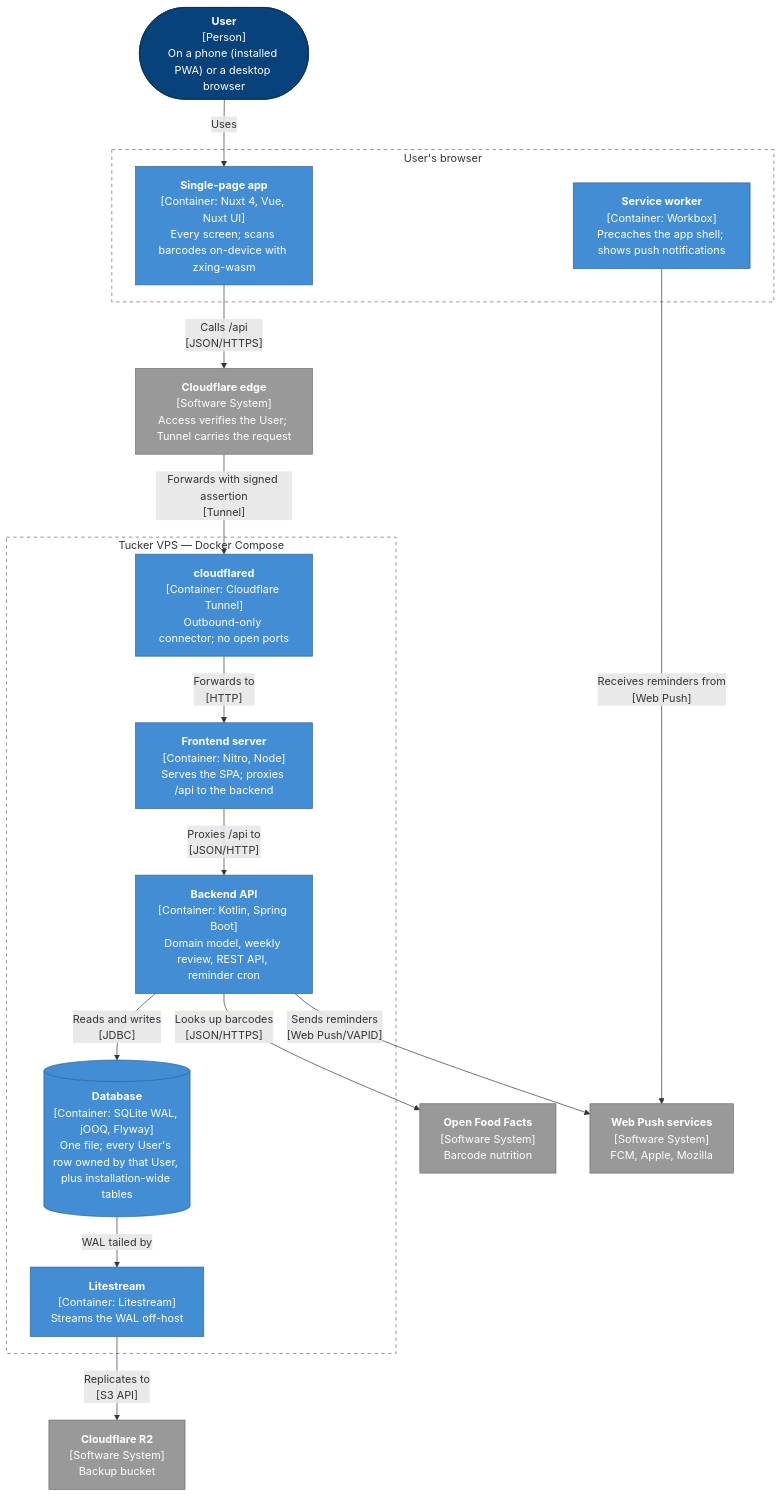
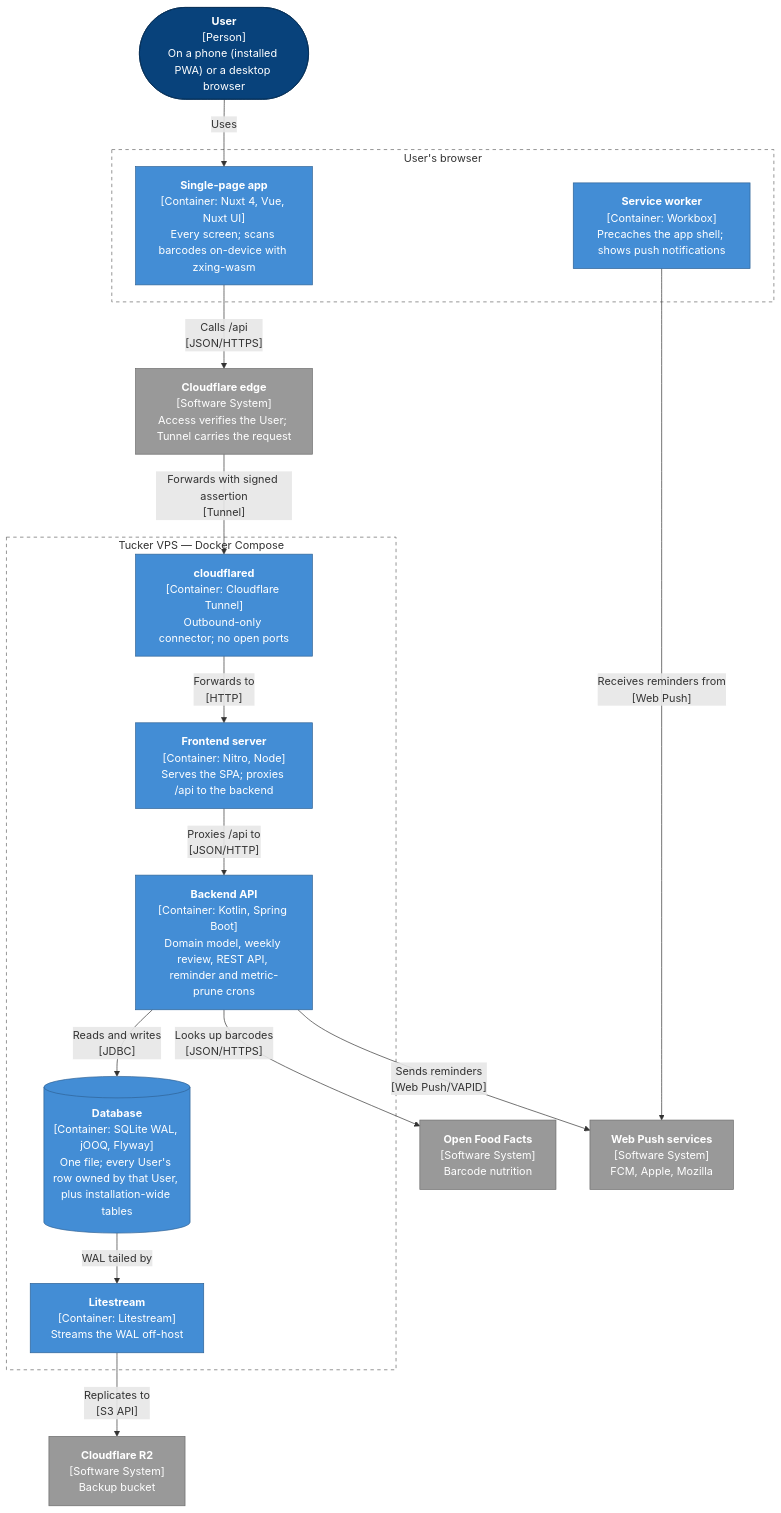
The second of 10 diagrams in docs/architecture.md (skrymer/tucker), drawn with Mermaid before and after one commit. The commit also changed other lines of this file and 2 other files, not shown here.

Commit message:
Gate 4 (#525): ADR 0010 reads true with two scheduled jobs
ADR 0010 still said Tucker has exactly one @Scheduled job, with nothing to run
concurrently with on its one thread. It now names the reminder job as one of two,
and says the metric prune shares the thread at 03:30, away from the hourly tick.
RunAsCallSitesTest's message names the one job that acts as a User, and the
container and request-path diagrams draw the prune cron and the cap's read of
CurrentUser.

````diff
--- a/docs/architecture.md
+++ b/docs/architecture.md
@@ -67,41 +67,41 @@
 ```mermaid
 flowchart TB
   user(["<b>User</b><br/>[Person]<br/>On a phone (installed PWA) or a desktop browser"]):::person
 
   subgraph browser["User's browser"]
     spa["<b>Single-page app</b><br/>[Container: Nuxt 4, Vue, Nuxt UI]<br/>Every screen; scans barcodes on-device with zxing-wasm"]:::container
     sw["<b>Service worker</b><br/>[Container: Workbox]<br/>Precaches the app shell; shows push notifications"]:::container
   end
 
   cf["<b>Cloudflare edge</b><br/>[Software System]<br/>Access verifies the User; Tunnel carries the request"]:::ext
 
   subgraph vps["Tucker VPS — Docker Compose"]
     tunnel["<b>cloudflared</b><br/>[Container: Cloudflare Tunnel]<br/>Outbound-only connector; no open ports"]:::container
     web["<b>Frontend server</b><br/>[Container: Nitro, Node]<br/>Serves the SPA; proxies /api to the backend"]:::container
-    api["<b>Backend API</b><br/>[Container: Kotlin, Spring Boot]<br/>Domain model, weekly review, REST API, reminder cron"]:::container
+    api["<b>Backend API</b><br/>[Container: Kotlin, Spring Boot]<br/>Domain model, weekly review, REST API, reminder and metric-prune crons"]:::container
     db[("<b>Database</b><br/>[Container: SQLite WAL, jOOQ, Flyway]<br/>One file; every User's row owned by that User, plus installation-wide tables")]:::container
     litestream["<b>Litestream</b><br/>[Container: Litestream]<br/>Streams the WAL off-host"]:::container
   end
 
   off["<b>Open Food Facts</b><br/>[Software System]<br/>Barcode nutrition"]:::ext
   push["<b>Web Push services</b><br/>[Software System]<br/>FCM, Apple, Mozilla"]:::ext
   r2["<b>Cloudflare R2</b><br/>[Software System]<br/>Backup bucket"]:::ext
 
   user -- "Uses" --> spa
   spa -- "Calls /api<br/>[JSON/HTTPS]" --> cf
   cf -- "Forwards with signed assertion<br/>[Tunnel]" --> tunnel
   tunnel -- "Forwards to<br/>[HTTP]" --> web
   web -- "Proxies /api to<br/>[JSON/HTTP]" --> api
   api -- "Reads and writes<br/>[JDBC]" --> db
   db -- "WAL tailed by" --> litestream
   litestream -- "Replicates to<br/>[S3 API]" --> r2
   api -- "Looks up barcodes<br/>[JSON/HTTPS]" --> off
   api -- "Sends reminders<br/>[Web Push/VAPID]" --> push
   sw -- "Receives reminders from<br/>[Web Push]" --> push
 
   classDef person fill:#08427b,color:#fff,stroke:#052e56
   classDef container fill:#438dd5,color:#fff,stroke:#2e6295
   classDef ext fill:#999,color:#fff,stroke:#6b6b6b
   style browser fill:none,stroke:#666,stroke-dasharray:5 5
   style vps fill:none,stroke:#666,stroke-dasharray:5 5
 ```
````
